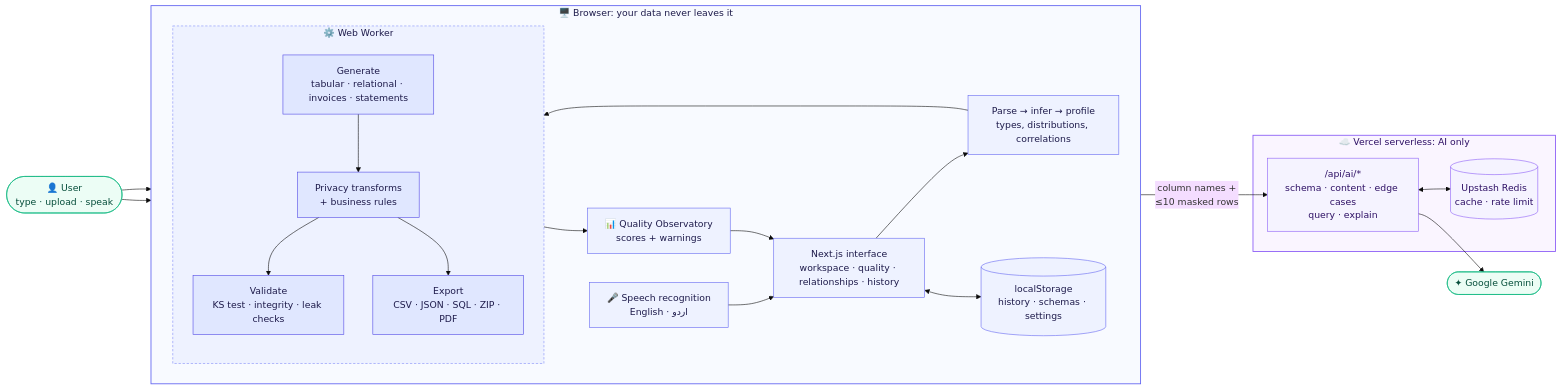
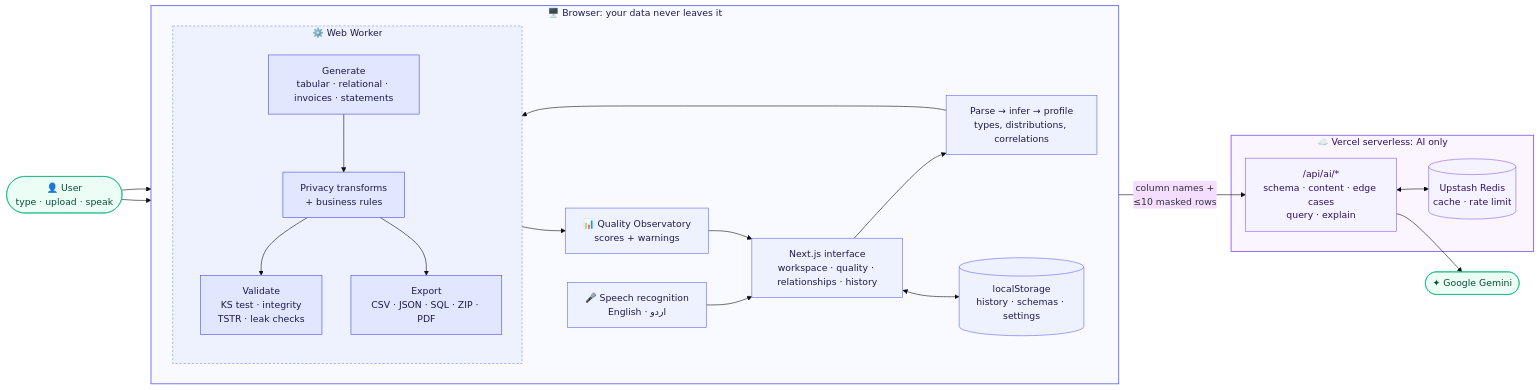
Before and after one commit to Zohaibarif69/synthra: the first of 2 diagrams in README.md, drawn with Mermaid (base theme). The commit also changed other lines of this file and 16 other files, not shown here.

````diff
--- a/README.md
+++ b/README.md
@@ -88,50 +91,50 @@
 ```mermaid
 flowchart LR
   User(["👤 User<br/>type · upload · speak"])
 
   subgraph Browser["🖥️ Browser: your data never leaves it"]
     direction LR
     Voice["🎤 Speech recognition<br/>English · اردو"]
     UI["Next.js interface<br/>workspace · quality · relationships · history"]
     Parse["Parse → infer → profile<br/>types, distributions, correlations"]
     subgraph Worker["⚙️ Web Worker"]
       direction TB
       Generate["Generate<br/>tabular · relational · invoices · statements"]
       Protect["Privacy transforms<br/>+ business rules"]
-      Validate["Validate<br/>KS test · integrity · leak checks"]
+      Validate["Validate<br/>KS test · integrity<br/>TSTR · leak checks"]
       Export["Export<br/>CSV · JSON · SQL · ZIP · PDF"]
       Generate --> Protect --> Validate
       Protect --> Export
     end
     Quality["📊 Quality Observatory<br/>scores + warnings"]
     Store[("localStorage<br/>history · schemas · settings")]
   end
 
   subgraph Cloud["☁️ Vercel serverless: AI only"]
     API["/api/ai/*<br/>schema · content · edge cases<br/>query · explain"]
     Redis[("Upstash Redis<br/>cache · rate limit")]
   end
 
   Gemini(["✦ Google Gemini"])
 
   User --> UI
   User --> Voice --> UI
   UI --> Parse --> Generate
   Validate --> Quality --> UI
   UI <--> Store
   UI -- "column names +<br/>≤10 masked rows" --> API
   API <--> Redis
   API --> Gemini
 
   classDef browser fill:#EEF2FF,stroke:#6366F1,color:#1E1B4B;
   classDef worker fill:#E0E7FF,stroke:#4F46E5,color:#1E1B4B;
   classDef cloud fill:#F5F3FF,stroke:#8B5CF6,color:#2E1065;
   classDef ext fill:#ECFDF5,stroke:#10B981,color:#064E3B;
   class Voice,UI,Parse,Quality,Store browser;
   class Generate,Protect,Validate,Export worker;
   class API,Redis cloud;
   class Gemini,User ext;
   style Browser fill:#F8FAFF,stroke:#6366F1,stroke-width:1.5px,color:#1E1B4B
   style Worker fill:#EEF2FF,stroke:#818CF8,stroke-dasharray:4 3,color:#1E1B4B
   style Cloud fill:#FAF5FF,stroke:#8B5CF6,stroke-width:1.5px,color:#2E1065
 ```
````
